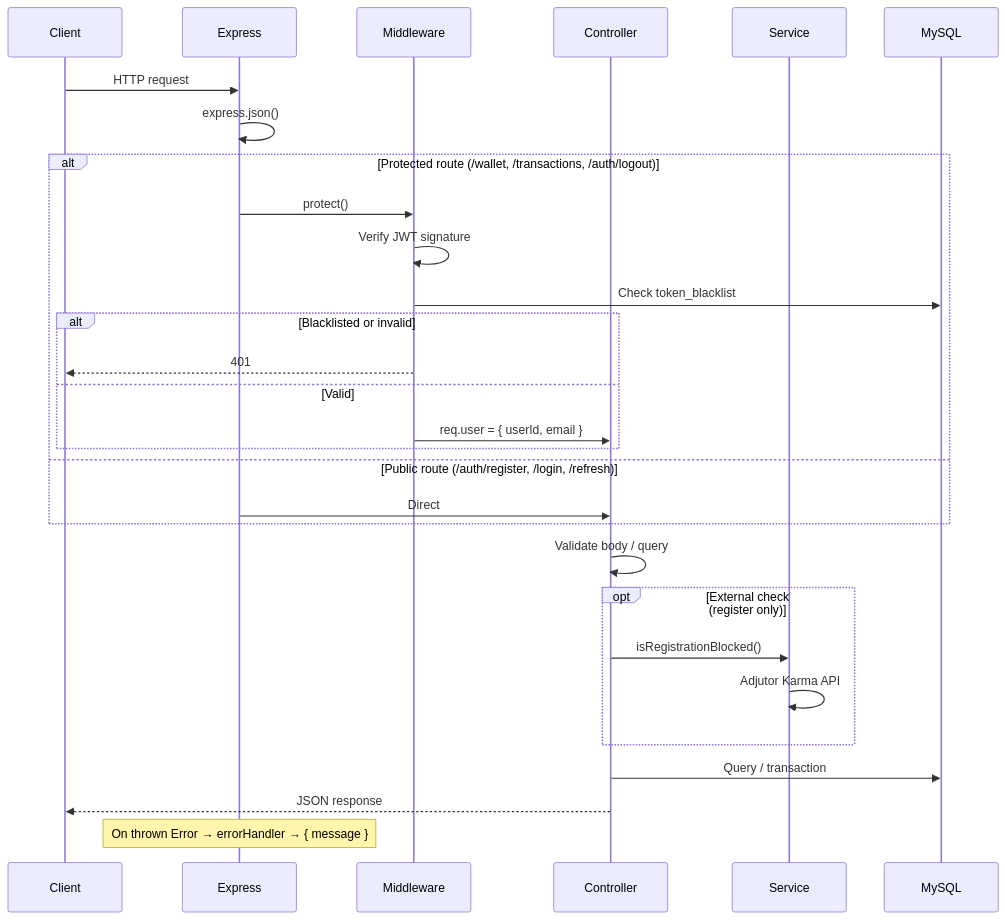
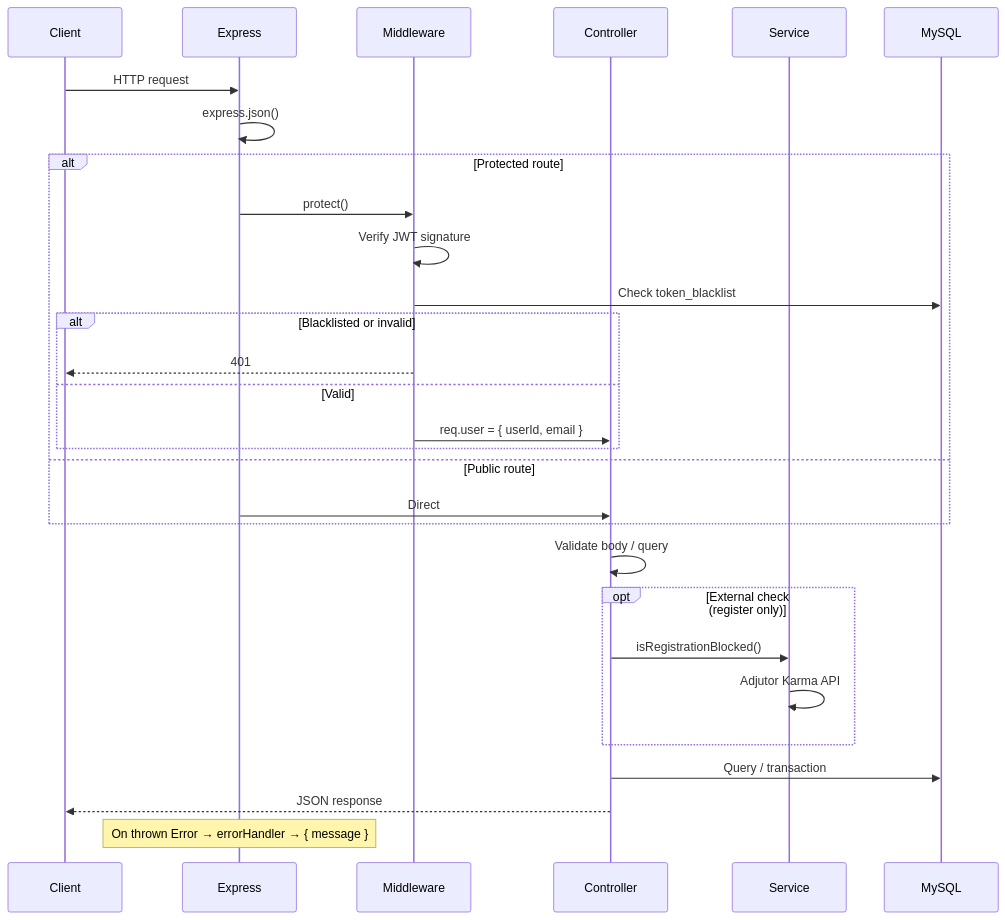
Before and after one commit to Anaboy01/Demo-Credit: the second of 7 diagrams in Architecture.md, drawn with Mermaid. The commit also changed other lines of this file, not shown here.

First line of the commit message:
fix(docs): quote Mermaid labels so GitHub can render Architecture.md

````diff
--- a/Architecture.md
+++ b/Architecture.md
@@ -105,32 +105,32 @@
 ```mermaid
 sequenceDiagram
     participant C as Client
     participant E as Express
     participant M as Middleware
     participant H as Controller
     participant S as Service
     participant D as MySQL
 
     C->>E: HTTP request
     E->>E: express.json()
-    alt Protected route (/wallet, /transactions, /auth/logout)
+    alt Protected route
         E->>M: protect()
         M->>M: Verify JWT signature
         M->>D: Check token_blacklist
         alt Blacklisted or invalid
             M-->>C: 401
         else Valid
             M->>H: req.user = { userId, email }
         end
-    else Public route (/auth/register, /login, /refresh)
+    else Public route
         E->>H: Direct
     end
     H->>H: Validate body / query
     opt External check (register only)
         H->>S: isRegistrationBlocked()
         S->>S: Adjutor Karma API
     end
     H->>D: Query / transaction
     H-->>C: JSON response
     Note over E: On thrown Error → errorHandler → { message }
 ```
````
